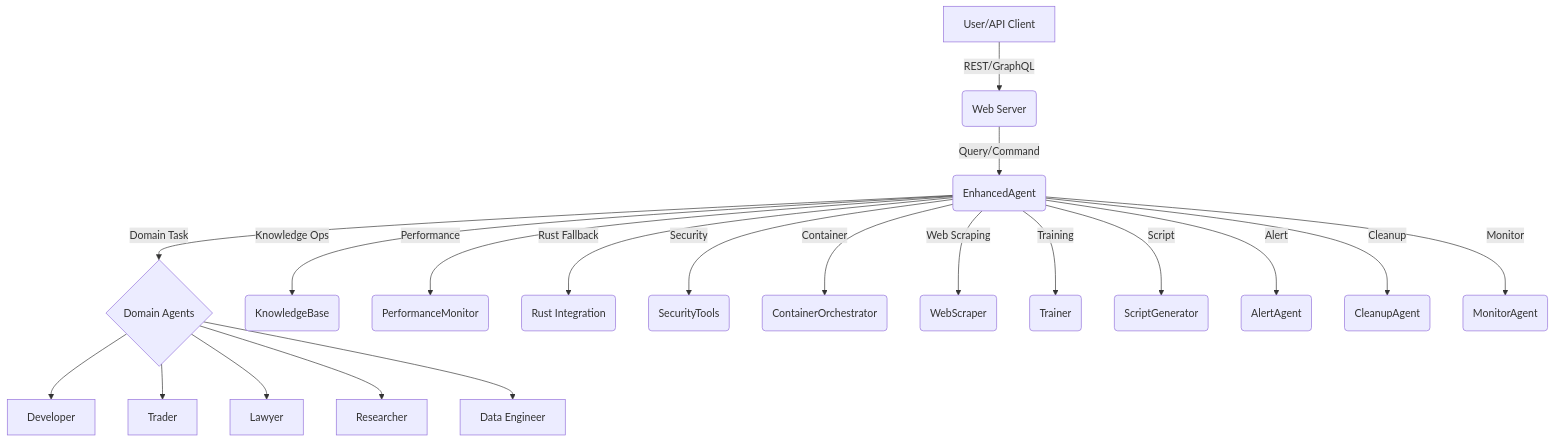
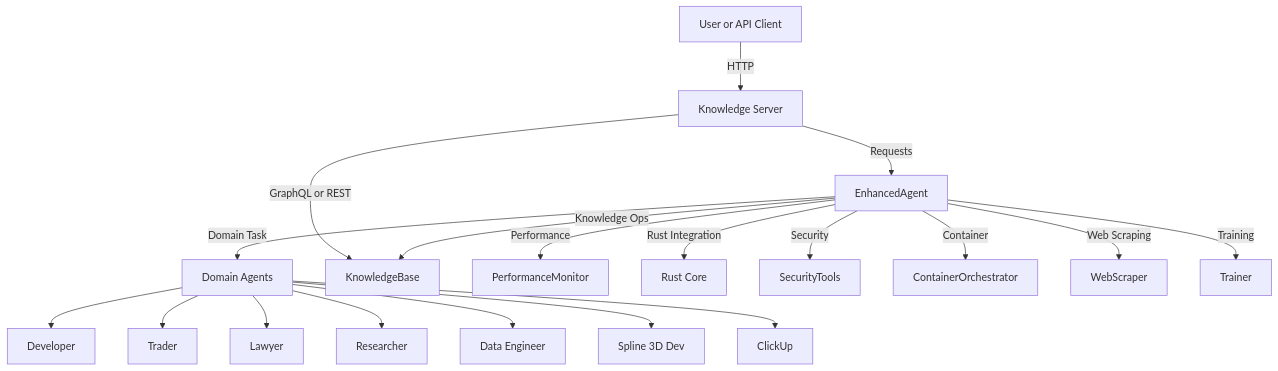
One commit to elicharlese/ECE-AGENT changed the diagram in docs/architecture/overview.md. Above: the diagram before and after it, drawn with Mermaid. The commit also changed other lines of this file and 99 other files, not shown here.

````diff
--- a/docs/architecture/overview.md
+++ b/docs/architecture/overview.md
@@ -3,22 +3,21 @@
 ```mermaid
 graph TD
-    A[User/API Client] -->|REST/GraphQL| B(Web Server)
-    B -->|Query/Command| C(EnhancedAgent)
-    C -->|Domain Task| D{Domain Agents}
+    A[User or API Client] -->|HTTP| B[Knowledge Server]
+    B -->|Requests| C[EnhancedAgent]
+    C -->|Domain Task| D[Domain Agents]
     D --> D1[Developer]
     D --> D2[Trader]
     D --> D3[Lawyer]
     D --> D4[Researcher]
     D --> D5[Data Engineer]
-    C -->|Knowledge Ops| E(KnowledgeBase)
-    C -->|Performance| F(PerformanceMonitor)
-    C -->|Rust Fallback| G(Rust Integration)
-    C -->|Security| H(SecurityTools)
-    C -->|Container| I(ContainerOrchestrator)
-    C -->|Web Scraping| J(WebScraper)
-    C -->|Training| K(Trainer)
-    C -->|Script| L(ScriptGenerator)
-    C -->|Alert| M(AlertAgent)
-    C -->|Cleanup| N(CleanupAgent)
-    C -->|Monitor| O(MonitorAgent)
+    D --> D6[Spline 3D Dev]
+    D --> D7[ClickUp]
+    C -->|Knowledge Ops| E[KnowledgeBase]
+    B -->|GraphQL or REST| E
+    C -->|Performance| F[PerformanceMonitor]
+    C -->|Rust Integration| G[Rust Core]
+    C -->|Security| H[SecurityTools]
+    C -->|Container| I[ContainerOrchestrator]
+    C -->|Web Scraping| J[WebScraper]
+    C -->|Training| K[Trainer]
 ```
````
